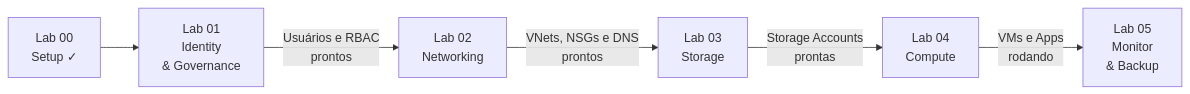
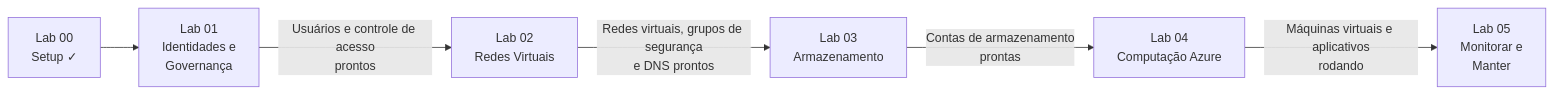
The second of 2 diagrams in lab_novo/00-cenario-e-setup.md (fabriciofs/az-104), drawn with Mermaid before and after one commit. The commit also changed other lines of this file and 7 other files, not shown here.

````diff
--- a/lab_novo/00-cenario-e-setup.md
+++ b/lab_novo/00-cenario-e-setup.md
@@ -475,8 +475,8 @@
 ```mermaid
 graph LR
-    L0[Lab 00<br/>Setup ✓] --> L1[Lab 01<br/>Identity<br/>& Governance]
-    L1 -->|Usuários e RBAC<br/>prontos| L2[Lab 02<br/>Networking]
-    L2 -->|VNets, NSGs e DNS<br/>prontos| L3[Lab 03<br/>Storage]
-    L3 -->|Storage Accounts<br/>prontas| L4[Lab 04<br/>Compute]
-    L4 -->|VMs e Apps<br/>rodando| L5[Lab 05<br/>Monitor<br/>& Backup]
+    L0[Lab 00<br/>Setup ✓] --> L1[Lab 01<br/>Identidades e<br/>Governança]
+    L1 -->|Usuários e controle de acesso<br/>prontos| L2[Lab 02<br/>Redes Virtuais]
+    L2 -->|Redes virtuais, grupos de segurança<br/>e DNS prontos| L3[Lab 03<br/>Armazenamento]
+    L3 -->|Contas de armazenamento<br/>prontas| L4[Lab 04<br/>Computação Azure]
+    L4 -->|Máquinas virtuais e aplicativos<br/>rodando| L5[Lab 05<br/>Monitorar e<br/>Manter]
 ```
````
